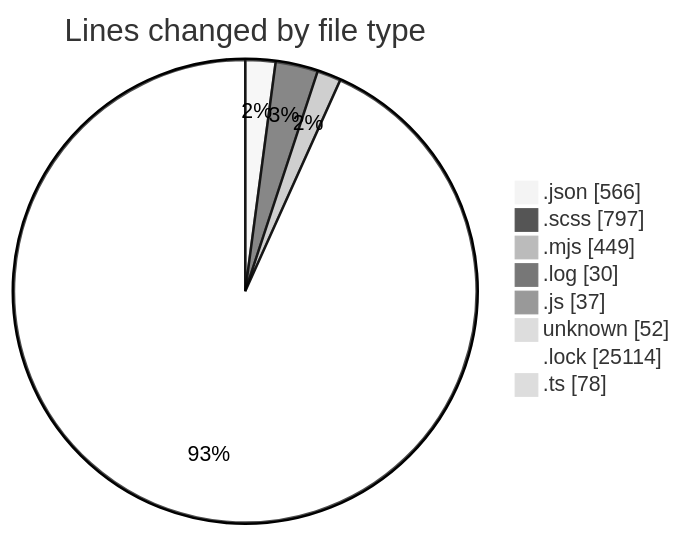
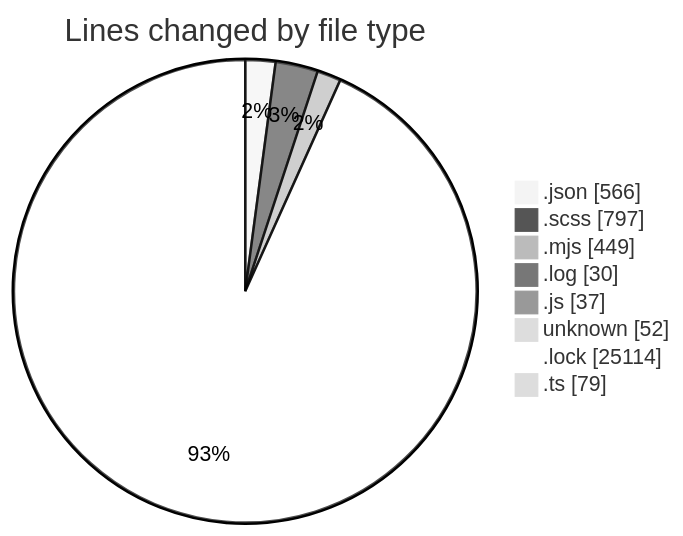
The first of 2 diagrams in 2026-08-12/cda/README.md (momahboobian/code-tracking), drawn with Mermaid (neutral theme) before and after one commit. The commit also changed other lines of this file and 1 other file, not shown here.

````diff
--- a/2026-08-12/cda/README.md
+++ b/2026-08-12/cda/README.md
@@ -41,12 +41,12 @@
 ```mermaid
 pie showData
 title Lines changed by file type
 ".json" : 566
 ".scss" : 797
 ".mjs" : 449
 ".log" : 30
 ".js" : 37
 "unknown" : 52
 ".lock" : 25114
-".ts" : 78
+".ts" : 79
 ```
````
